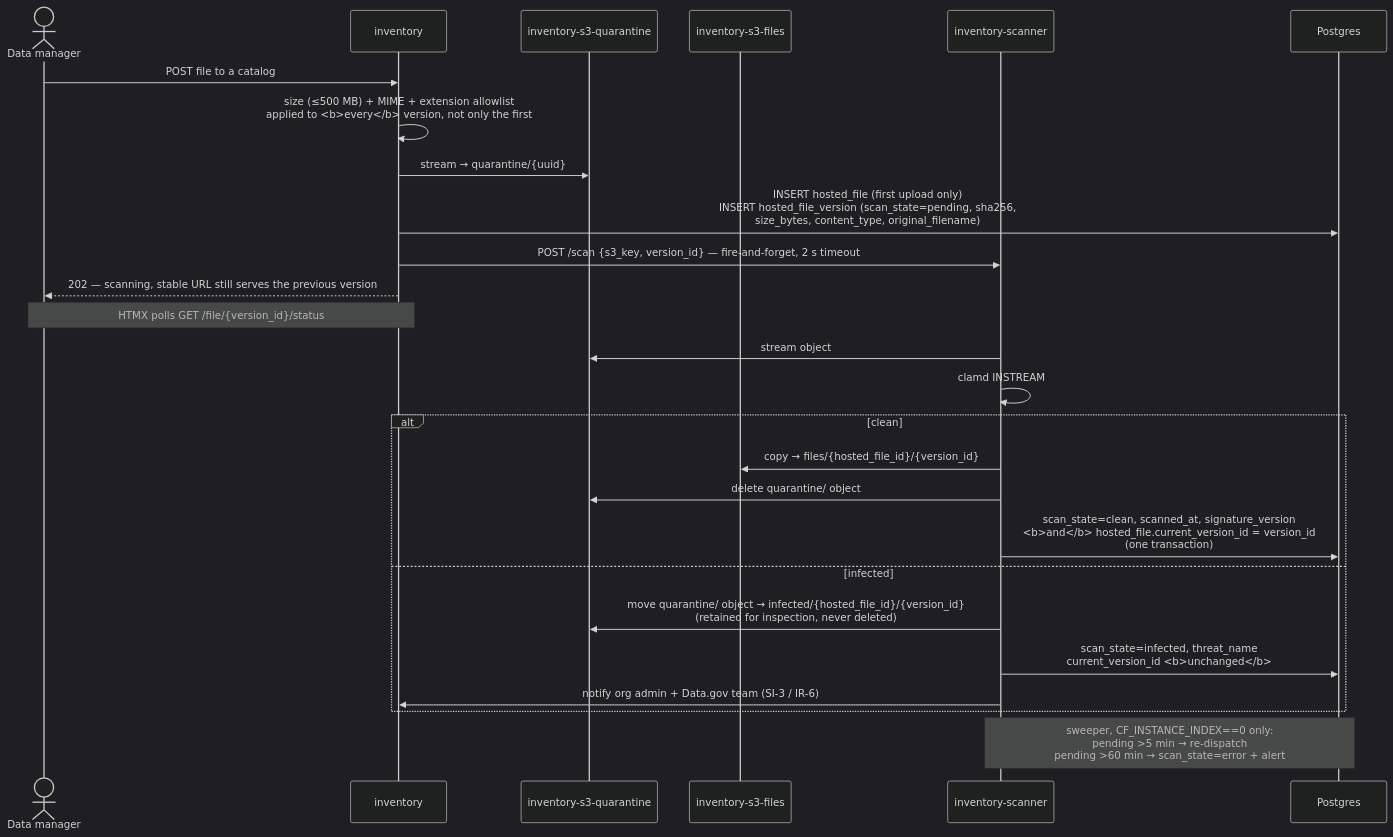
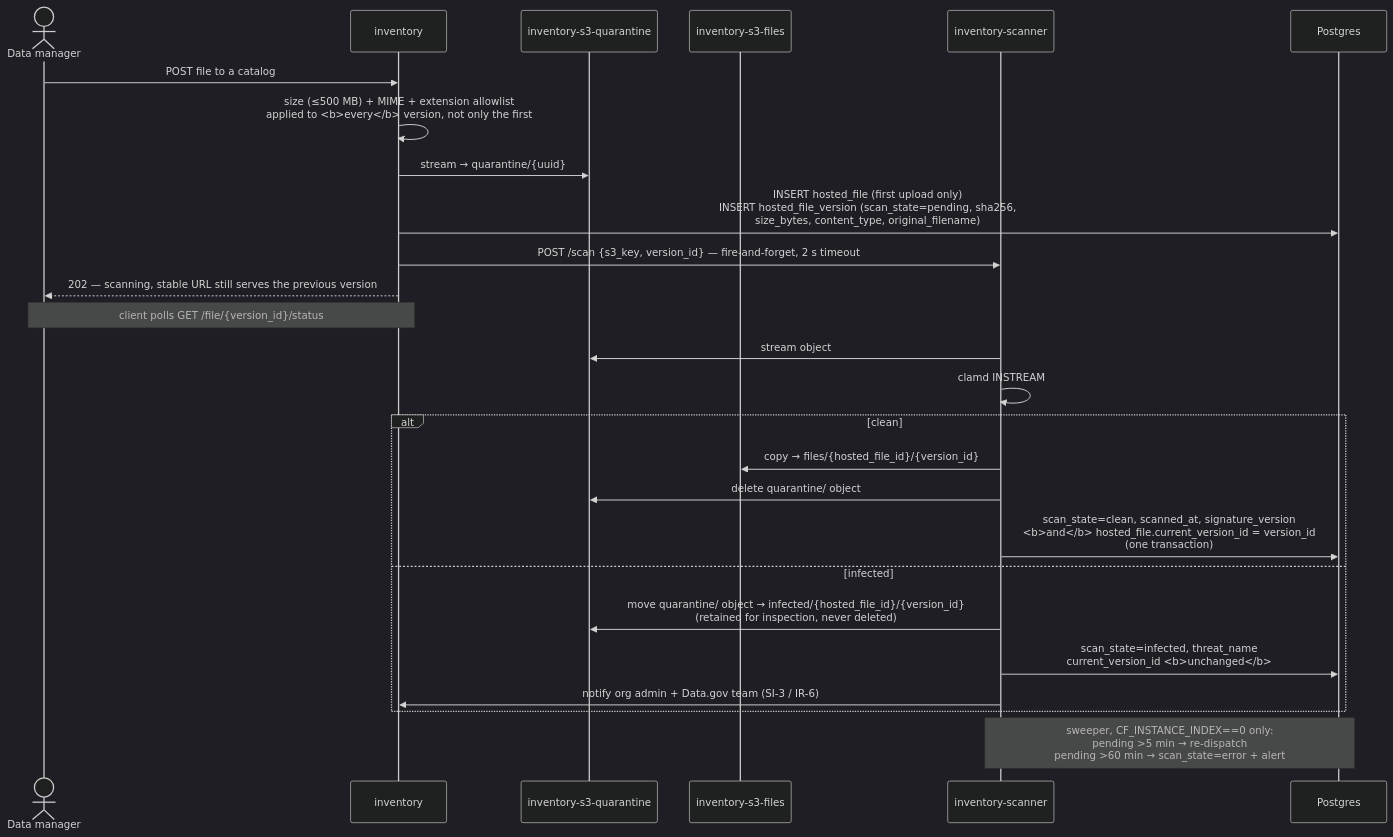
One commit to GSA/datagov-inventory changed the eighth of 11 diagrams in docs/architecture.md. Above: the diagram before and after it, drawn with Mermaid (dark theme). The commit also changed other lines of this file and 14 other files, not shown here.

````diff
--- a/docs/architecture.md
+++ b/docs/architecture.md
@@ -425,31 +581,31 @@
 ```mermaid
 sequenceDiagram
     actor U as Data manager
     participant W as inventory
     participant SQ as inventory-s3-quarantine
     participant SF as inventory-s3-files
     participant SC as inventory-scanner
     participant DB as Postgres
 
     U->>W: POST file to a catalog
     W->>W: size (≤500 MB) + MIME + extension allowlist<br/>applied to <b>every</b> version, not only the first
     W->>SQ: stream → quarantine/{uuid}
     W->>DB: INSERT hosted_file (first upload only)<br/>INSERT hosted_file_version (scan_state=pending, sha256,<br/>size_bytes, content_type, original_filename)
     W->>SC: POST /scan {s3_key, version_id} — fire-and-forget, 2 s timeout
     W-->>U: 202 — scanning, stable URL still serves the previous version
-    Note over U,W: HTMX polls GET /file/{version_id}/status
+    Note over U,W: client polls GET /file/{version_id}/status
 
     SC->>SQ: stream object
     SC->>SC: clamd INSTREAM
     alt clean
         SC->>SF: copy → files/{hosted_file_id}/{version_id}
         SC->>SQ: delete quarantine/ object
         SC->>DB: scan_state=clean, scanned_at, signature_version<br/><b>and</b> hosted_file.current_version_id = version_id<br/>(one transaction)
     else infected
         SC->>SQ: move quarantine/ object → infected/{hosted_file_id}/{version_id}<br/>(retained for inspection, never deleted)
         SC->>DB: scan_state=infected, threat_name<br/>current_version_id <b>unchanged</b>
         SC->>W: notify org admin + Data.gov team (SI-3 / IR-6)
     end
 
     Note over SC,DB: sweeper, CF_INSTANCE_INDEX==0 only:<br/>pending >5 min → re-dispatch<br/>pending >60 min → scan_state=error + alert
 ```
````
